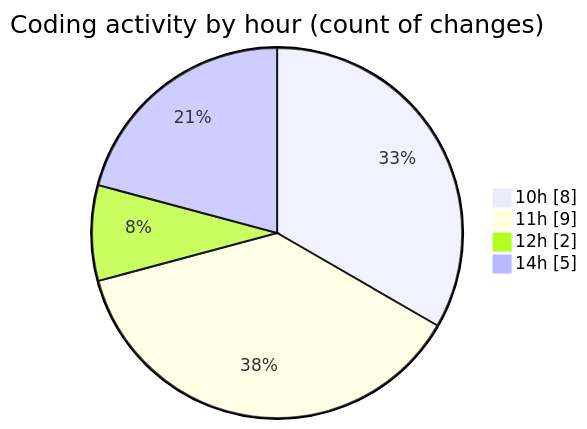
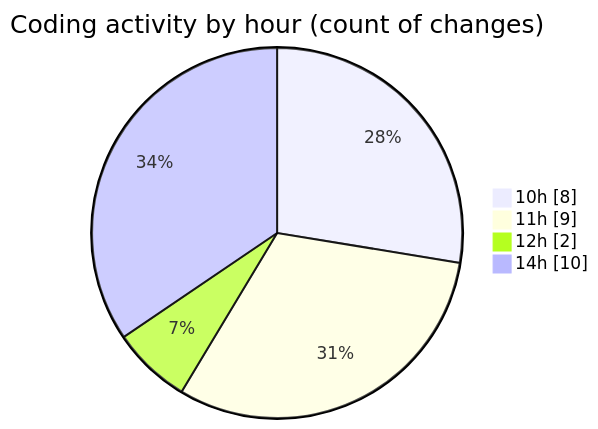
The second of 2 diagrams in 2025-12-30/budget_front_nest/README.md (igalym/code-tracking), drawn with Mermaid before and after one commit. The commit also changed other lines of this file and 1 other file, not shown here.

````diff
--- a/2025-12-30/budget_front_nest/README.md
+++ b/2025-12-30/budget_front_nest/README.md
@@ -43,8 +43,8 @@
 ```mermaid
 pie showData
 title Coding activity by hour (count of changes)
 "10h" : 8
 "11h" : 9
 "12h" : 2
-"14h" : 5
+"14h" : 10
 ```
````
